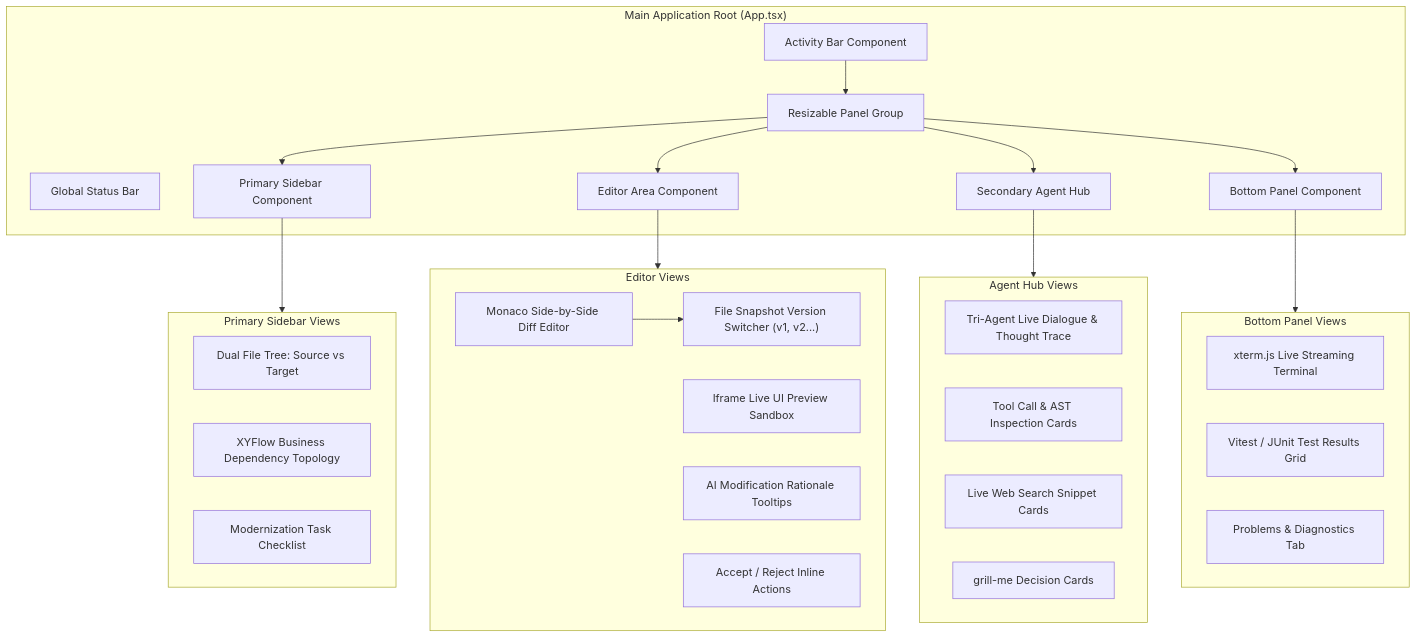
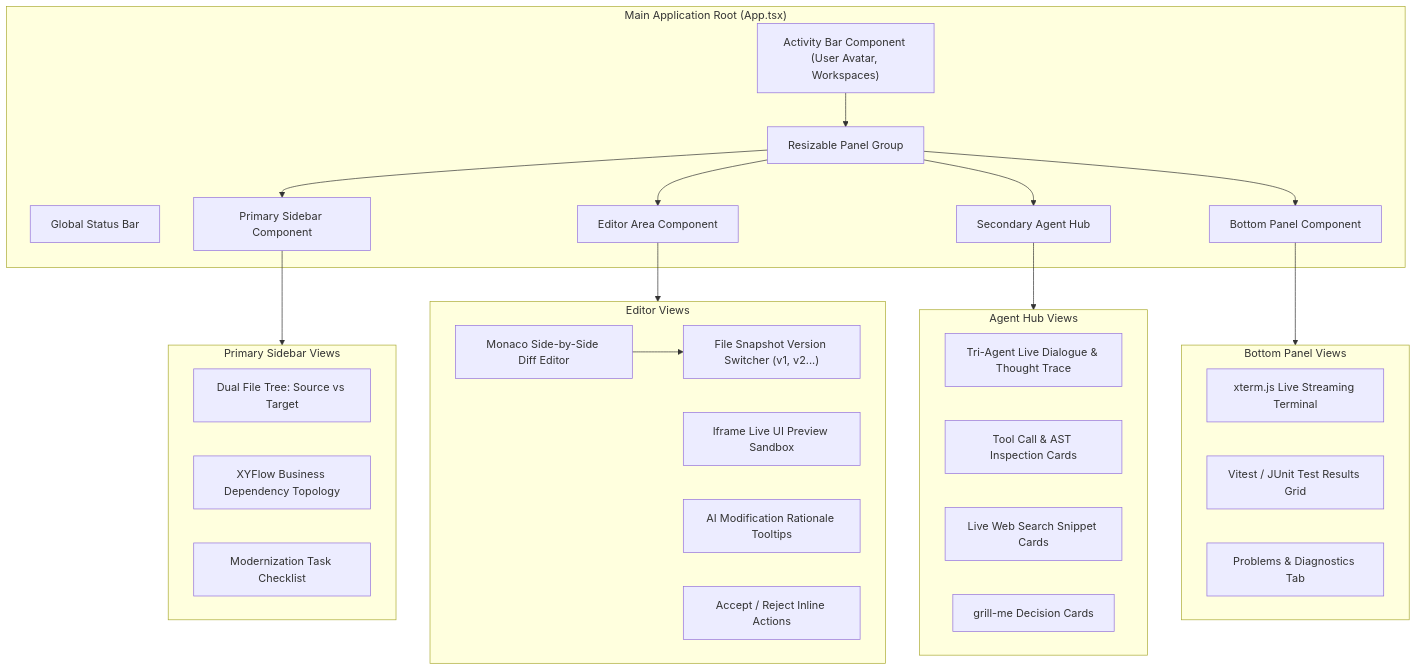
One commit to SakuraCianna/LegacyCodeModernizer changed the sixth of 6 diagrams in docs/architecture.md. Above: the diagram before and after it, drawn with Mermaid. The commit also changed other lines of this file and 1 other file, not shown here.

````diff
--- a/docs/architecture.md
+++ b/docs/architecture.md
@@ -256,47 +301,47 @@
 ```mermaid
 graph TB
     subgraph App ["Main Application Root (App.tsx)"]
-        ActivityBar["Activity Bar Component"]
+        ActivityBar["Activity Bar Component (User Avatar, Workspaces)"]
         PanelGroup["Resizable Panel Group"]
         StatusBar["Global Status Bar"]
 
         ActivityBar --> PanelGroup
         PanelGroup --> LeftSidebar["Primary Sidebar Component"]
         PanelGroup --> CenterEditor["Editor Area Component"]
         PanelGroup --> RightSidebar["Secondary Agent Hub"]
         PanelGroup --> BottomPanel["Bottom Panel Component"]
     end
 
     subgraph LeftSidebarComponents ["Primary Sidebar Views"]
         FileTree["Dual File Tree: Source vs Target"]
         BusinessMap["XYFlow Business Dependency Topology"]
         TaskRoadmap["Modernization Task Checklist"]
     end
 
     subgraph CenterEditorComponents ["Editor Views"]
         MonacoDiff["Monaco Side-by-Side Diff Editor"]
         LiveSandboxView["Iframe Live UI Preview Sandbox"]
         VersionSelector["File Snapshot Version Switcher (v1, v2...)"]
         RationaleBadge["AI Modification Rationale Tooltips"]
         InlineReview["Accept / Reject Inline Actions"]
         MonacoDiff --> VersionSelector
     end
 
     subgraph RightSidebarComponents ["Agent Hub Views"]
         AgentChat["Tri-Agent Live Dialogue & Thought Trace"]
         ToolBadge["Tool Call & AST Inspection Cards"]
         DocSnippet["Live Web Search Snippet Cards"]
         GrillCard["grill-me Decision Cards"]
     end
 
     subgraph BottomPanelComponents ["Bottom Panel Views"]
         XtermTerminal["xterm.js Live Streaming Terminal"]
         TestRunner["Vitest / JUnit Test Results Grid"]
         LinterProblems["Problems & Diagnostics Tab"]
     end
 
     LeftSidebar --> LeftSidebarComponents
     CenterEditor --> CenterEditorComponents
     RightSidebar --> RightSidebarComponents
     BottomPanel --> BottomPanelComponents
 ```
````
